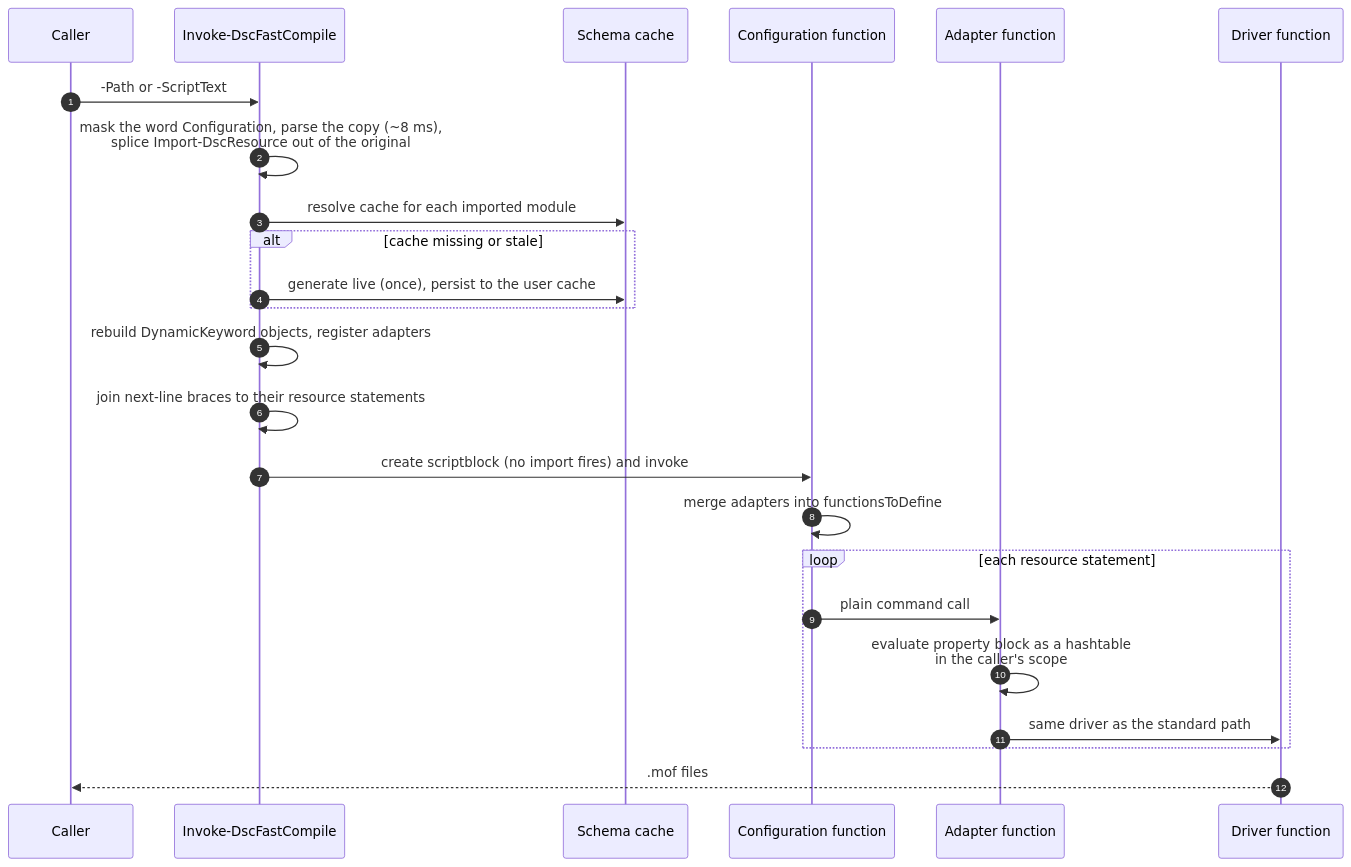
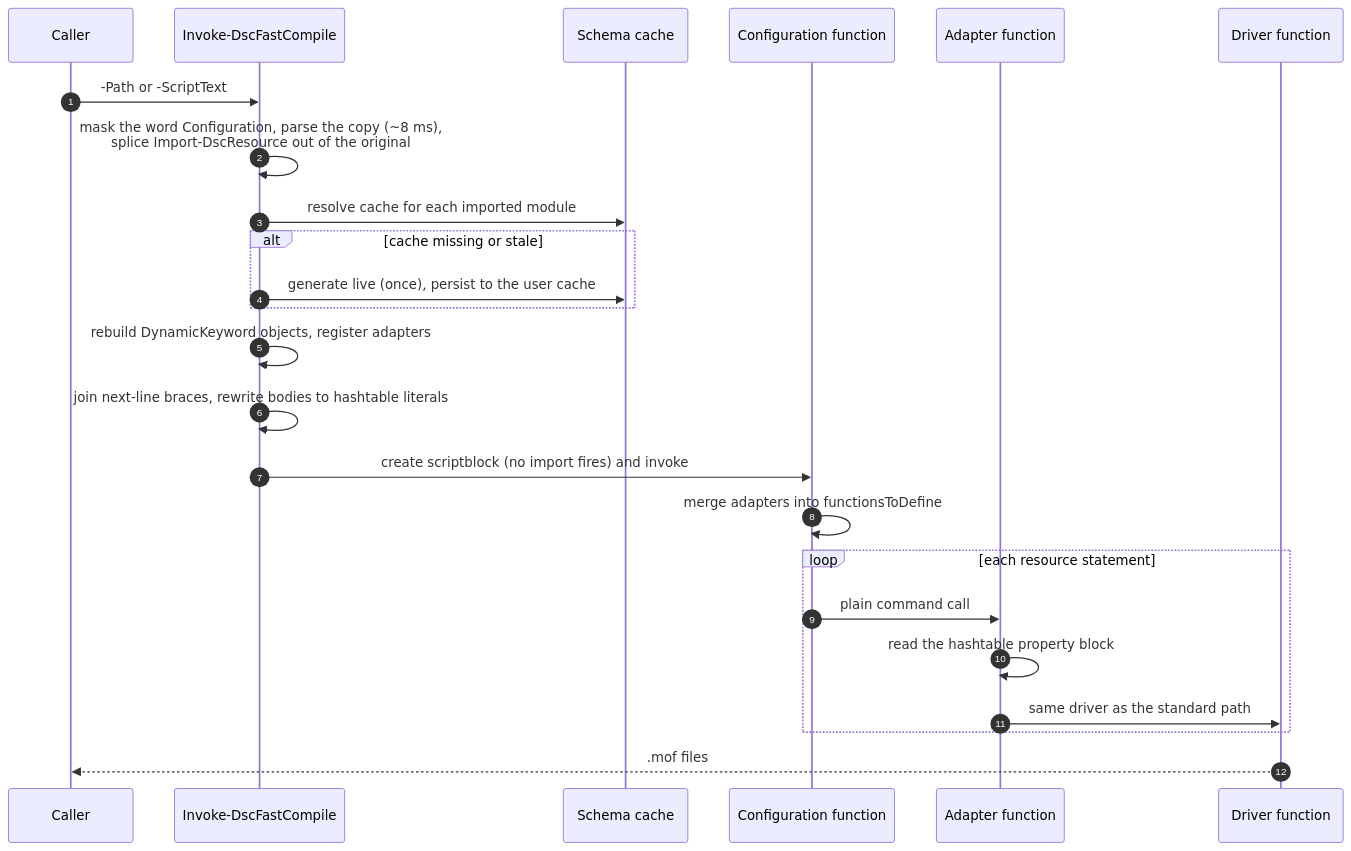
One commit to Microsoft365DSC/PSDesiredStateConfiguration changed the third of 5 diagrams in docs/Architecture.md. Above: the diagram before and after it, drawn with Mermaid. The commit also changed other lines of this file and 8 other files, not shown here.

````diff
--- a/docs/Architecture.md
+++ b/docs/Architecture.md
@@ -114,27 +114,27 @@
 ```mermaid
 sequenceDiagram
     autonumber
     participant Caller
     participant F as Invoke-DscFastCompile
     participant S as Schema cache
     participant C as Configuration function
     participant A as Adapter function
     participant D as Driver function
 
     Caller->>F: -Path or -ScriptText
     F->>F: mask the word Configuration, parse the copy (~8 ms),<br/>splice Import-DscResource out of the original
     F->>S: resolve cache for each imported module
     alt cache missing or stale
         F->>S: generate live (once), persist to the user cache
     end
     F->>F: rebuild DynamicKeyword objects, register adapters
-    F->>F: join next-line braces to their resource statements
+    F->>F: join next-line braces, rewrite bodies to hashtable literals
     F->>C: create scriptblock (no import fires) and invoke
     C->>C: merge adapters into functionsToDefine
     loop each resource statement
         C->>A: plain command call
-        A->>A: evaluate property block as a hashtable<br/>in the caller's scope
+        A->>A: read the hashtable property block
         A->>D: same driver as the standard path
     end
     D-->>Caller: .mof files
 ```
````
